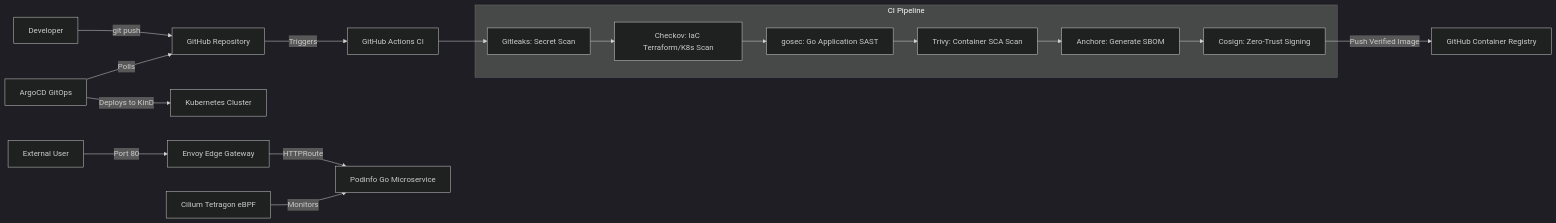
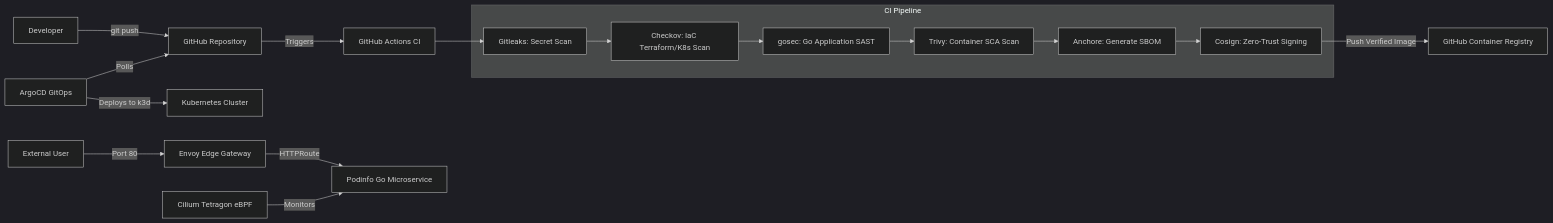
Before and after one commit to gg-push/secure-k8s-pipeline: the diagram in README.md, drawn with Mermaid (dark theme). The commit also changed other lines of this file and 4 other files, not shown here.

Commit message:
chore: migrate local cluster to k3d, upgrade helm charts and update documentation

````diff
--- a/README.md
+++ b/README.md
@@ -7,30 +7,30 @@
 ```mermaid
 graph LR
     Dev[Developer] -->|git push| Git[GitHub Repository]
     Git -->|Triggers| CI[GitHub Actions CI]
 
     subgraph CI Pipeline
         Gitleaks[Gitleaks: Secret Scan]
         Checkov[Checkov: IaC Terraform/K8s Scan]
         Gosec[gosec: Go Application SAST]
         Trivy[Trivy: Container SCA Scan]
         SBOM[Anchore: Generate SBOM]
         Cosign[Cosign: Zero-Trust Signing]
     end
 
     CI --> Gitleaks
     Gitleaks --> Checkov
     Checkov --> Gosec
     Gosec --> Trivy
     Trivy --> SBOM
     SBOM --> Cosign
     Cosign -->|Push Verified Image| GHCR[GitHub Container Registry]
 
     Argo[ArgoCD GitOps] -->|Polls| Git
-    Argo -->|Deploys to KinD| K8s[Kubernetes Cluster]
+    Argo -->|Deploys to k3d| K8s[Kubernetes Cluster]
 
     User[External User] -->|Port 80| Envoy[Envoy Edge Gateway]
     Envoy -->|HTTPRoute| Pod[Podinfo Go Microservice]
     
     Tetragon[Cilium Tetragon eBPF] -->|Monitors| Pod
 ```
````
